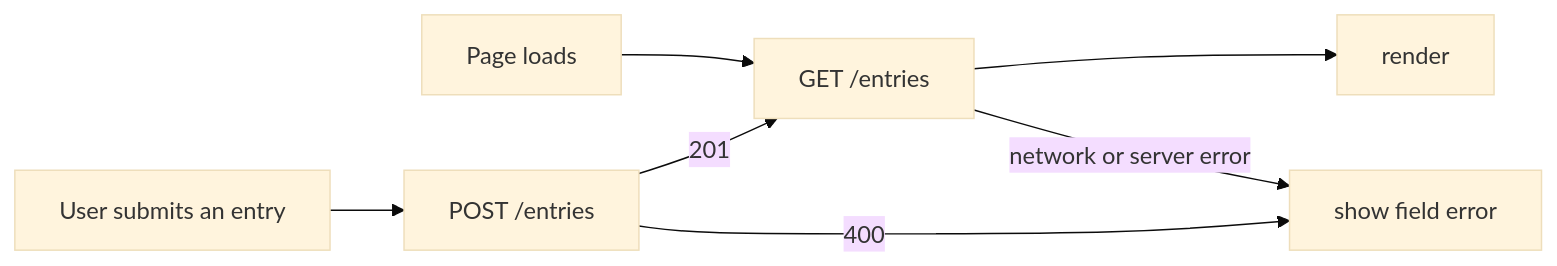
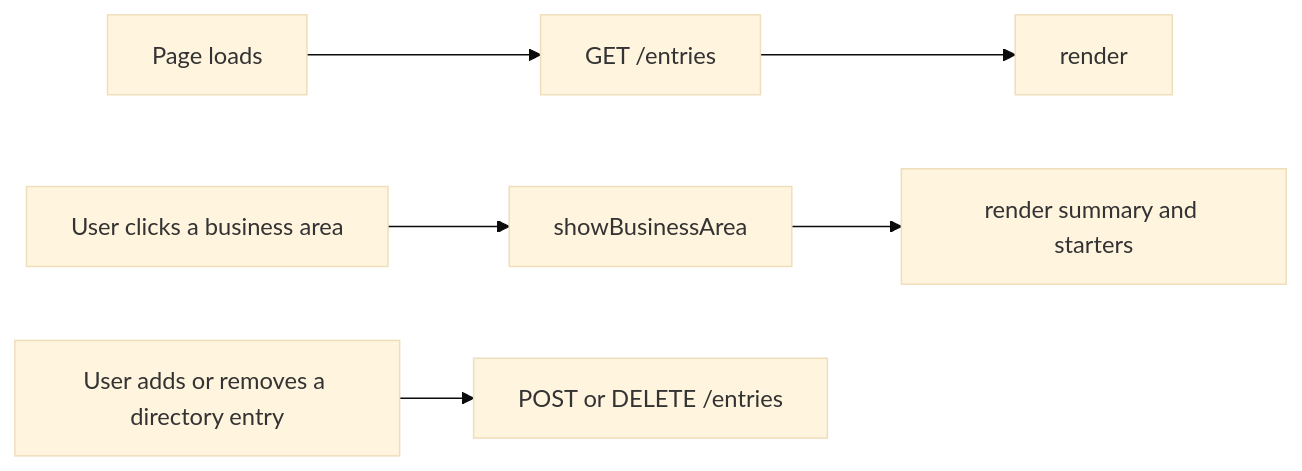
One commit to mehtaaashi05/mgt3745-hw5 changed the diagram in README.md. Above: the diagram before and after it, drawn with Mermaid (base theme). The commit also changed other lines of this file and 8 other files, not shown here.

````diff
--- a/README.md
+++ b/README.md
@@ -14,9 +11,8 @@
 ```mermaid
 flowchart LR
   A[Page loads] --> B[GET /entries]
   B --> C[render]
-  D[User submits an entry] --> E[POST /entries]
-  E -->|201| B
-  E -->|400| F[show field error]
-  B -->|network or server error| F
+  D[User clicks a business area] --> E[showBusinessArea]
+  E --> F[render summary and starters]
+  G[User adds or removes a directory entry] --> H[POST or DELETE /entries]
 ```
````
